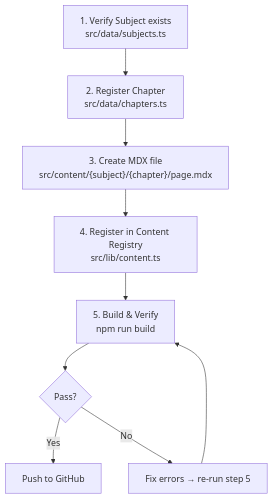
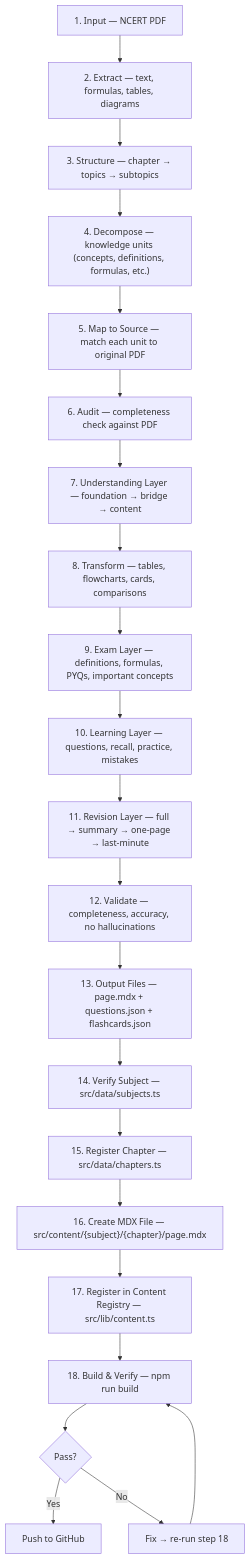
The diagram in CHAPTER_PIPELINE.md (saabithe/textbook-plus), drawn with Mermaid before and after one commit. The commit also changed other lines of this file, not shown here.

First line of the commit message:
docs: merge content + tech pipelines into unified 18-step CHAPTER_PIPELINE.md

````diff
--- a/CHAPTER_PIPELINE.md
+++ b/CHAPTER_PIPELINE.md
@@ -9,11 +9,24 @@
 ```mermaid
 graph TD
-    A["1. Verify Subject exists<br/>src/data/subjects.ts"] --> B["2. Register Chapter<br/>src/data/chapters.ts"]
-    B --> C["3. Create MDX file<br/>src/content/{subject}/{chapter}/page.mdx"]
-    C --> D["4. Register in Content Registry<br/>src/lib/content.ts"]
-    D --> E["5. Build & Verify<br/>npm run build"]
-    E --> F{"Pass?"}
-    F -->|Yes| G["Push to GitHub"]
-    F -->|No| H["Fix errors → re-run step 5"]
-    H --> E
+    A["1. Input — NCERT PDF"] --> B["2. Extract — text, formulas, tables, diagrams"]
+    B --> C["3. Structure — chapter → topics → subtopics"]
+    C --> D["4. Decompose — knowledge units (concepts, definitions, formulas, etc.)"]
+    D --> E["5. Map to Source — match each unit to original PDF"]
+    E --> F["6. Audit — completeness check against PDF"]
+    F --> G["7. Understanding Layer — foundation → bridge → content"]
+    G --> H["8. Transform — tables, flowcharts, cards, comparisons"]
+    H --> I["9. Exam Layer — definitions, formulas, PYQs, important concepts"]
+    I --> J["10. Learning Layer — questions, recall, practice, mistakes"]
+    J --> K["11. Revision Layer — full → summary → one-page → last-minute"]
+    K --> L["12. Validate — completeness, accuracy, no hallucinations"]
+    L --> M["13. Output Files — page.mdx + questions.json + flashcards.json"]
+    M --> N["14. Verify Subject — src/data/subjects.ts"]
+    N --> O["15. Register Chapter — src/data/chapters.ts"]
+    O --> P["16. Create MDX File — src/content/{subject}/{chapter}/page.mdx"]
+    P --> Q["17. Register in Content Registry — src/lib/content.ts"]
+    Q --> R["18. Build & Verify — npm run build"]
+    R --> S{"Pass?"}
+    S -->|Yes| T["Push to GitHub"]
+    S -->|No| U["Fix → re-run step 18"]
+    U --> R
 ```
````
